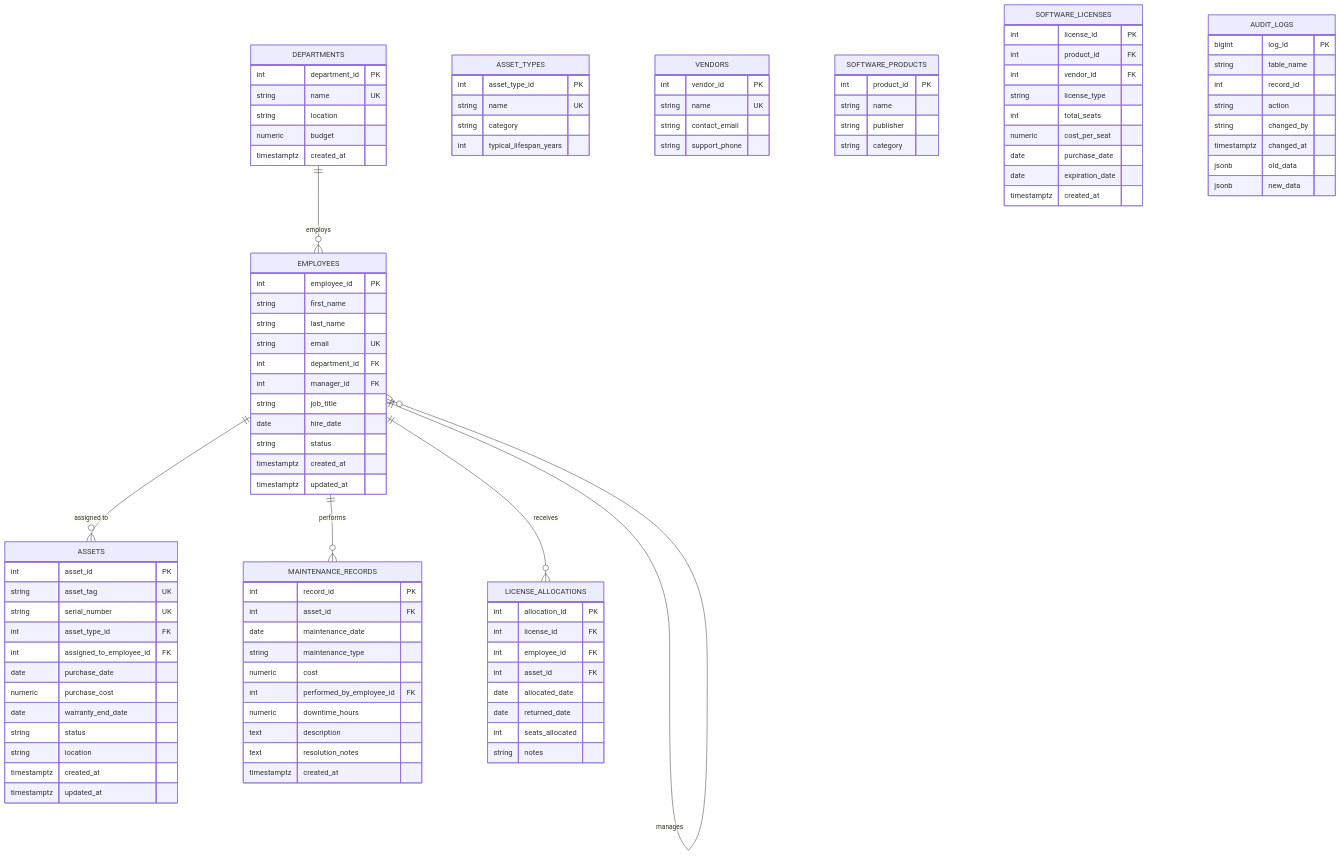
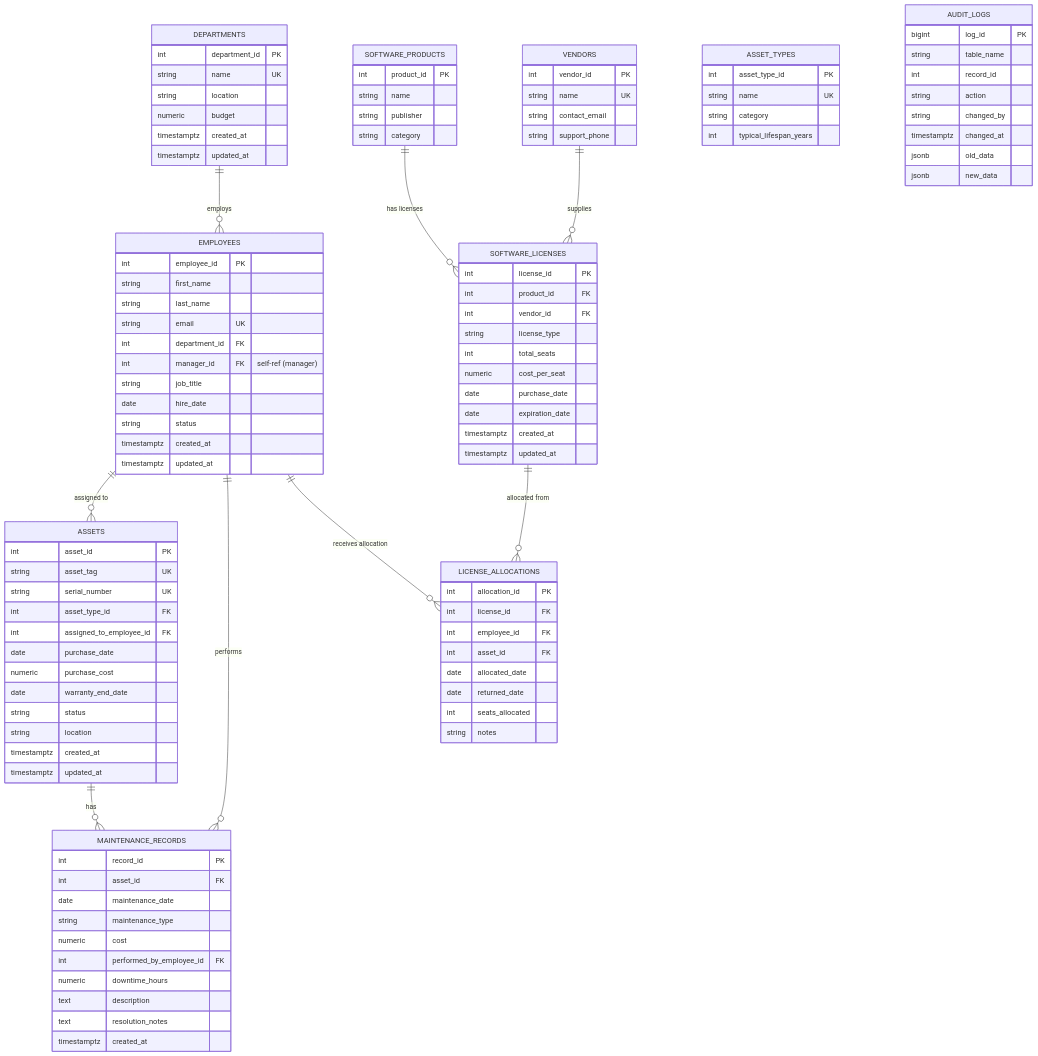
The diagram in README.md (senseirandystl/ITAM-Portfolio-Project), drawn with Mermaid before and after one commit.

Commit message:
Revise ER diagram and improve documentation
Updated entity relationship diagram to reflect changes in relationships and added comments for clarity.

````diff
--- a/README.md
+++ b/README.md
@@ -48,40 +48,48 @@
 ```mermaid
 erDiagram
+    %% Core relationships (ordered for better layout)
     DEPARTMENTS ||--o{ EMPLOYEES : "employs"
-    EMPLOYEES ||--o{ EMPLOYEES : "manages"
     EMPLOYEES ||--o{ ASSETS : "assigned to"
     EMPLOYEES ||--o{ MAINTENANCE_RECORDS : "performs"
-    EMPLOYEES ||--o{ LICENSE_ALLOCATIONS : "receives"
-    
+    EMPLOYEES ||--o{ LICENSE_ALLOCATIONS : "receives allocation"
+    ASSETS ||--o{ MAINTENANCE_RECORDS : "has"
+    SOFTWARE_LICENSES ||--o{ LICENSE_ALLOCATIONS : "allocated from"
+    SOFTWARE_PRODUCTS ||--o{ SOFTWARE_LICENSES : "has licenses"
+    VENDORS ||--o{ SOFTWARE_LICENSES : "supplies"
+
+    %% Note: Self-referencing manager relationship on EMPLOYEES (manager_id → employee_id) 
+    %% is intentionally omitted from the diagram to avoid ugly routing. Documented below.
+
     DEPARTMENTS {
         int department_id PK
         string name UK
         string location
         numeric budget
         timestamptz created_at
+        timestamptz updated_at
     }
-    
+
     EMPLOYEES {
         int employee_id PK
         string first_name
         string last_name
         string email UK
         int department_id FK
-        int manager_id FK
+        int manager_id FK "self-ref (manager)"
         string job_title
         date hire_date
         string status
         timestamptz created_at
         timestamptz updated_at
     }
-    
+
     ASSET_TYPES {
         int asset_type_id PK
         string name UK
         string category
         int typical_lifespan_years
     }
-    
+
     ASSETS {
         int asset_id PK
         string asset_tag UK
@@ -96,21 +104,21 @@
         timestamptz created_at
         timestamptz updated_at
     }
-    
+
     VENDORS {
         int vendor_id PK
         string name UK
         string contact_email
         string support_phone
     }
-    
+
     SOFTWARE_PRODUCTS {
         int product_id PK
         string name
         string publisher
         string category
     }
-    
+
     SOFTWARE_LICENSES {
         int license_id PK
         int product_id FK
@@ -121,8 +129,9 @@
         date purchase_date
         date expiration_date
         timestamptz created_at
+        timestamptz updated_at
     }
-    
+
     LICENSE_ALLOCATIONS {
         int allocation_id PK
         int license_id FK
@@ -133,7 +142,7 @@
         int seats_allocated
         string notes
     }
-    
+
     MAINTENANCE_RECORDS {
         int record_id PK
         int asset_id FK
@@ -146,7 +155,7 @@
         text resolution_notes
         timestamptz created_at
     }
-    
+
     AUDIT_LOGS {
         bigint log_id PK
         string table_name
````
